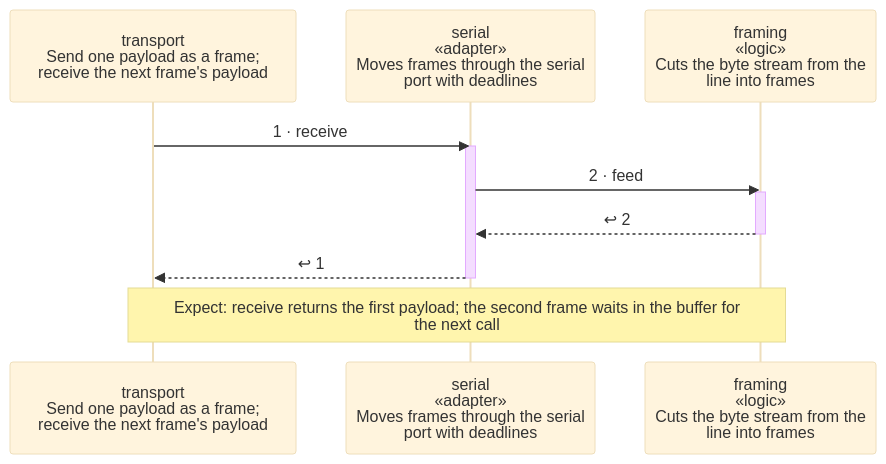
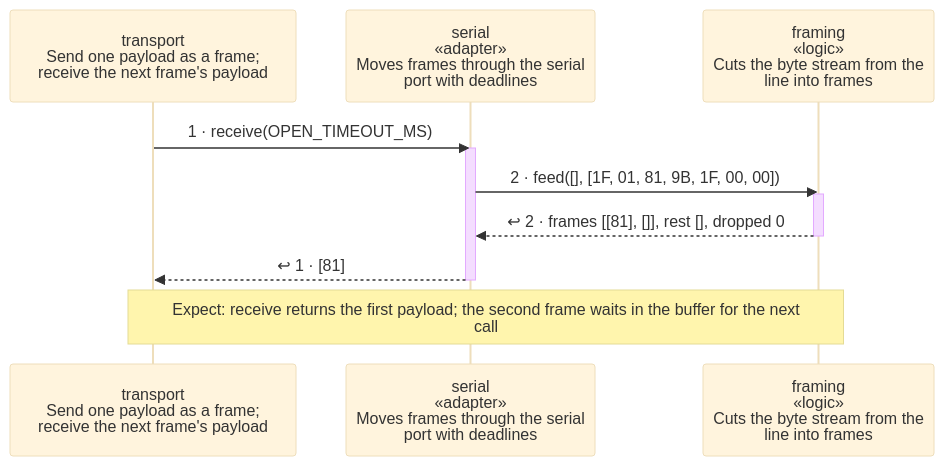
The diagram in examples/serial-line/transport/docs/diagrams/scenario-reassemble.md (wackazong/unifold), drawn with Mermaid (base theme) before and after one commit. The commit also changed other lines of this file and 30 other files, not shown here.

````diff
--- a/examples/serial-line/transport/docs/diagrams/scenario-reassemble.md
+++ b/examples/serial-line/transport/docs/diagrams/scenario-reassemble.md
@@ -12,20 +12,20 @@
 ```mermaid
 ---
 config:
   sequence:
     height: 92
 ---
 sequenceDiagram
   participant ptransport as transport<br/>Send one payload as a frame#59;<br/>receive the next frame's payload
   participant pserial as serial<br/>«adapter»<br/>Moves frames through the serial<br/>port with deadlines
   participant pframing as framing<br/>«logic»<br/>Cuts the byte stream from the<br/>line into frames
-  ptransport->>pserial: 1 · receive
+  ptransport->>pserial: 1 · receive(OPEN_TIMEOUT_MS)
   activate pserial
-  pserial->>pframing: 2 · feed
+  pserial->>pframing: 2 · feed([], [1F, 01, 81, 9B, 1F, 00, 00])
   activate pframing
-  pframing-->>pserial: ↩ 2
+  pframing-->>pserial: ↩ 2 · frames [[81], []], rest [], dropped 0
   deactivate pframing
-  pserial-->>ptransport: ↩ 1
+  pserial-->>ptransport: ↩ 1 · [81]
   deactivate pserial
   Note over ptransport,pframing: wrap: Expect: receive returns the first payload#59; the second frame waits in the buffer for the next call
 ```
````
